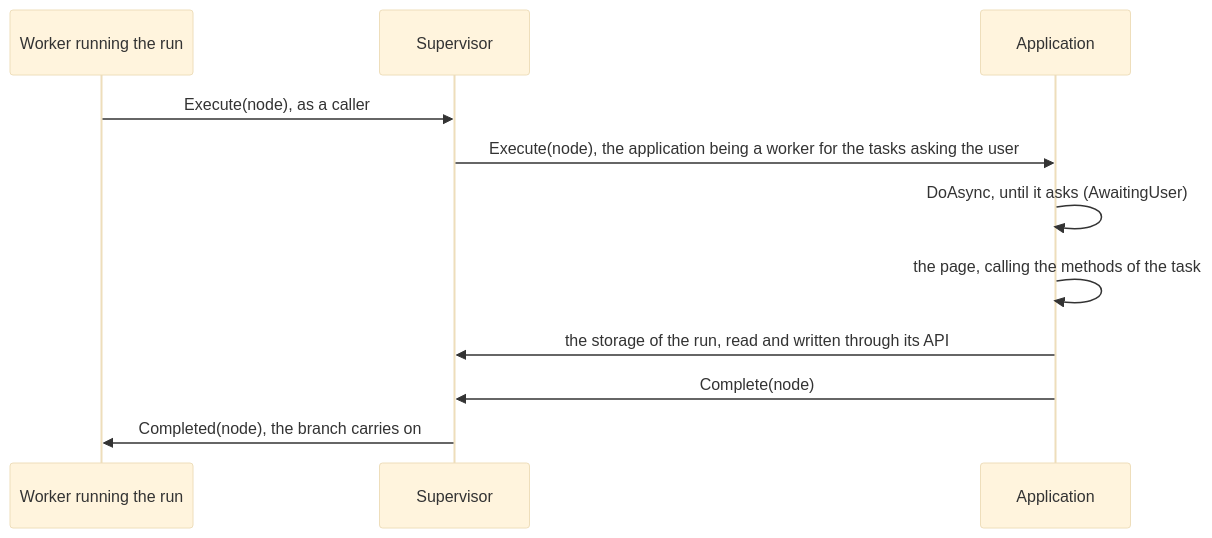
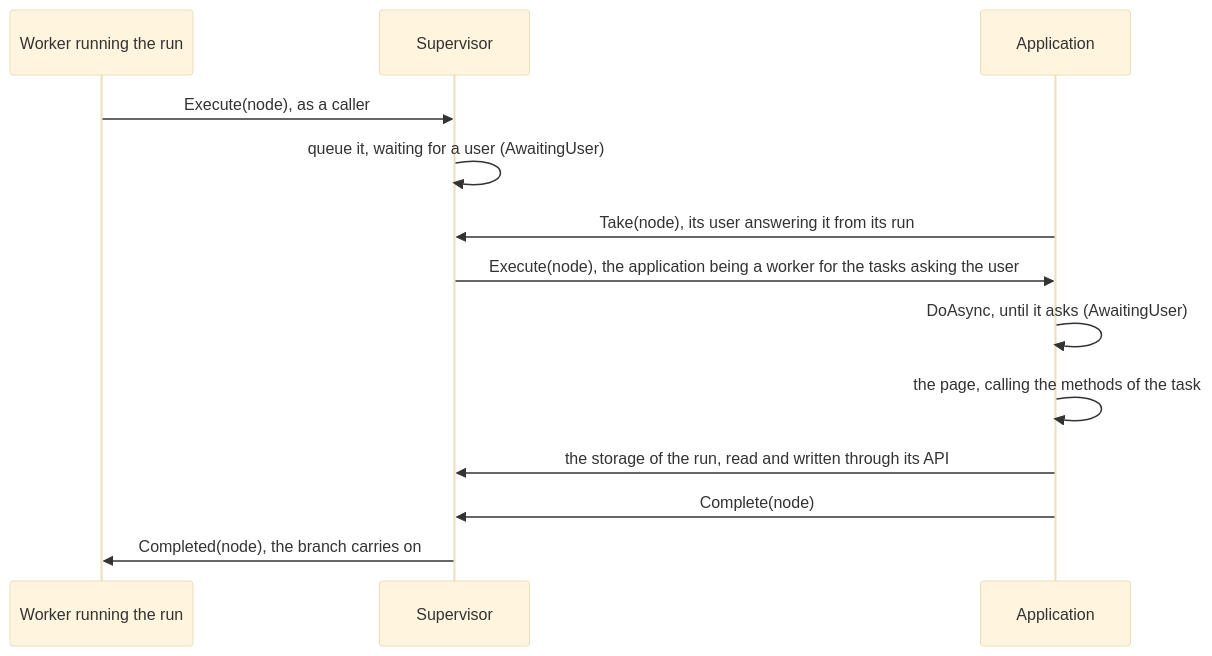
The fourth of 5 diagrams in architecture.md (ndegheselle/Fantoche-automation), drawn with Mermaid (base theme) before and after one commit. The commit also changed other lines of this file and 12 other files, not shown here.

````diff
--- a/architecture.md
+++ b/architecture.md
@@ -141,13 +141,15 @@
 ```mermaid
 sequenceDiagram
     participant Worker as Worker running the run
     participant Supervisor
     participant App as Application
     Worker->>Supervisor: Execute(node), as a caller
+    Supervisor->>Supervisor: queue it, waiting for a user (AwaitingUser)
+    App->>Supervisor: Take(node), its user answering it from its run
     Supervisor->>App: Execute(node), the application being a worker for the tasks asking the user
     App->>App: DoAsync, until it asks (AwaitingUser)
     App->>App: the page, calling the methods of the task
     App->>Supervisor: the storage of the run, read and written through its API
     App->>Supervisor: Complete(node)
     Supervisor->>Worker: Completed(node), the branch carries on
 ```
````
